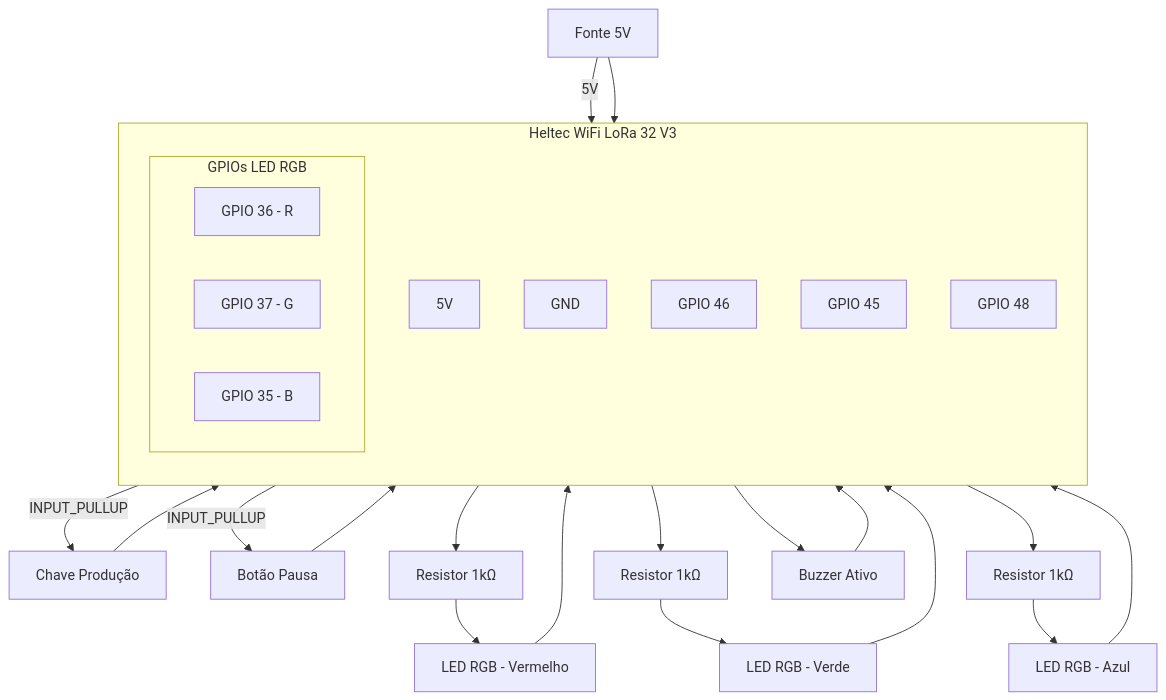
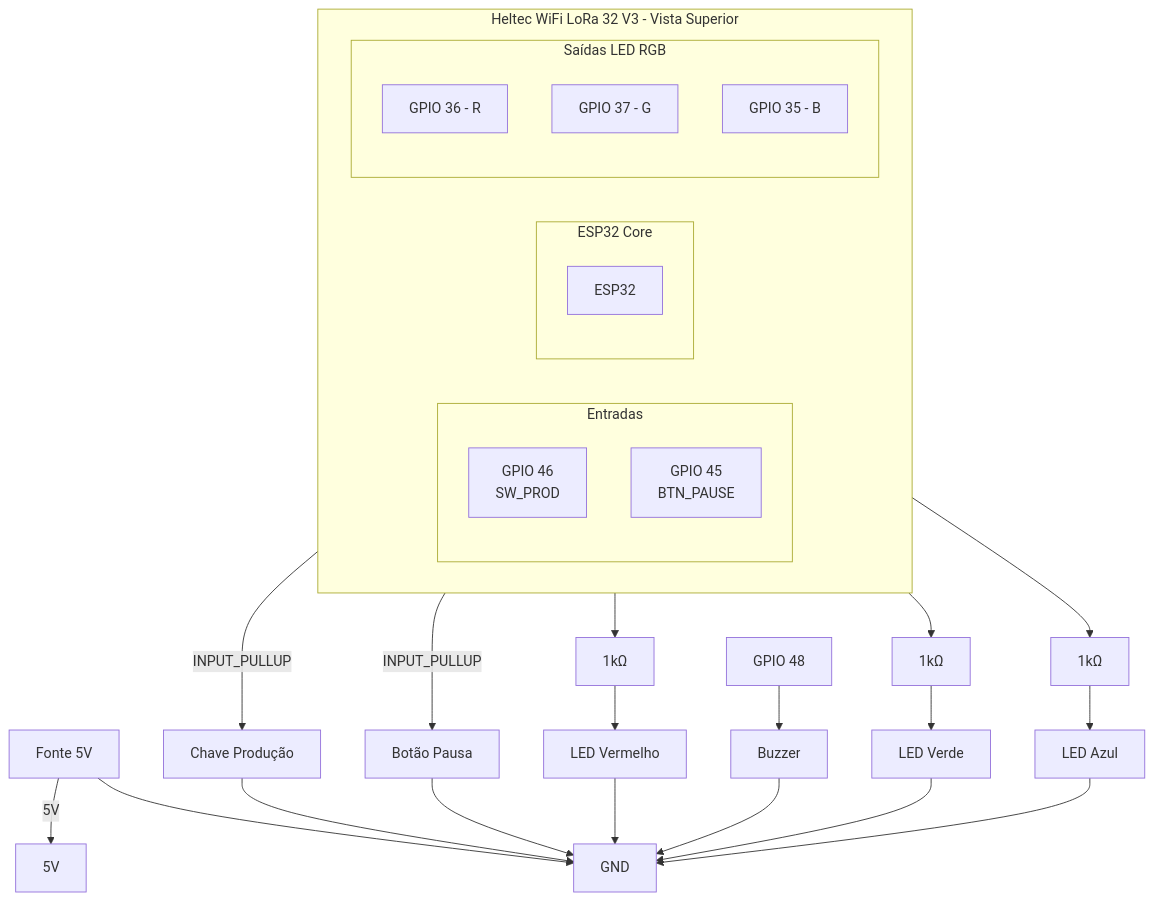
One commit to Rafaeros/time-sensor changed the diagram in README.md. Above: the diagram before and after it, drawn with Mermaid. The commit also changed other lines of this file, not shown here.

Commit message:
[update] readme docs

````diff
--- a/README.md
+++ b/README.md
@@ -60,55 +60,72 @@
 ```mermaid
 
-graph TD
+graph TB
 
-    subgraph HELTEC_V3[Heltec WiFi LoRa 32 V3]
-        direction TB
-        
-        VIN[5V]
-        GND[GND]
-        GPIO46[GPIO 46]
-        GPIO45[GPIO 45]
+    %% =========================
+    %% PLACA HELTEC V3 (Top View)
+    %% =========================
+    subgraph BOARD[Heltec WiFi LoRa 32 V3 - Vista Superior]
 
-        %% LEDs lado a lado
-        subgraph LED_PINS[GPIOs LED RGB]
-            direction LR
+        direction LR
+
+        %% Lado esquerdo (Entradas)
+        subgraph LEFT[Entradas]
+            direction TB
+            GPIO46[GPIO 46<br/>SW_PROD]
+            GPIO45[GPIO 45<br/>BTN_PAUSE]
+        end
+
+        %% Centro (Core)
+        subgraph CENTER[ESP32 Core]
+            direction TB
+            MCU[ESP32]
+        end
+
+        %% Lado direito (LED RGB)
+        subgraph RIGHT[Saídas LED RGB]
+            direction TB
             GPIO36[GPIO 36 - R]
             GPIO37[GPIO 37 - G]
             GPIO35[GPIO 35 - B]
         end
 
-        GPIO48[GPIO 48]
     end
 
+    %% Parte superior (Alimentação)
     PSU[Fonte 5V]
+    VIN[5V]
+    GND[GND]
+
+    PSU -->|5V| VIN
+    PSU --> GND
+
+    %% Conexões externas
     Switch[Chave Produção]
     PauseBtn[Botão Pausa]
 
-    LEDR[LED RGB - Vermelho]
-    LEDG[LED RGB - Verde]
-    LEDB[LED RGB - Azul]
+    LEDR[LED Vermelho]
+    LEDG[LED Verde]
+    LEDB[LED Azul]
 
-    R1[Resistor 1kΩ]
-    R2[Resistor 1kΩ]
-    R3[Resistor 1kΩ]
+    R1[1kΩ]
+    R2[1kΩ]
+    R3[1kΩ]
 
-    Buzzer[Buzzer Ativo]
-
-    %% Alimentação
-    PSU -->|5V| VIN
-    PSU --> GND
+    Buzzer[Buzzer]
+    GPIO48[GPIO 48]
 
     %% Entradas
     GPIO46 -->|INPUT_PULLUP| Switch --> GND
     GPIO45 -->|INPUT_PULLUP| PauseBtn --> GND
 
-    %% LED RGB com resistores
+    %% LEDs com resistores
     GPIO36 --> R1 --> LEDR --> GND
     GPIO37 --> R2 --> LEDG --> GND
     GPIO35 --> R3 --> LEDB --> GND
 
     %% Buzzer
     GPIO48 --> Buzzer --> GND
 
+
     
 ```
````
